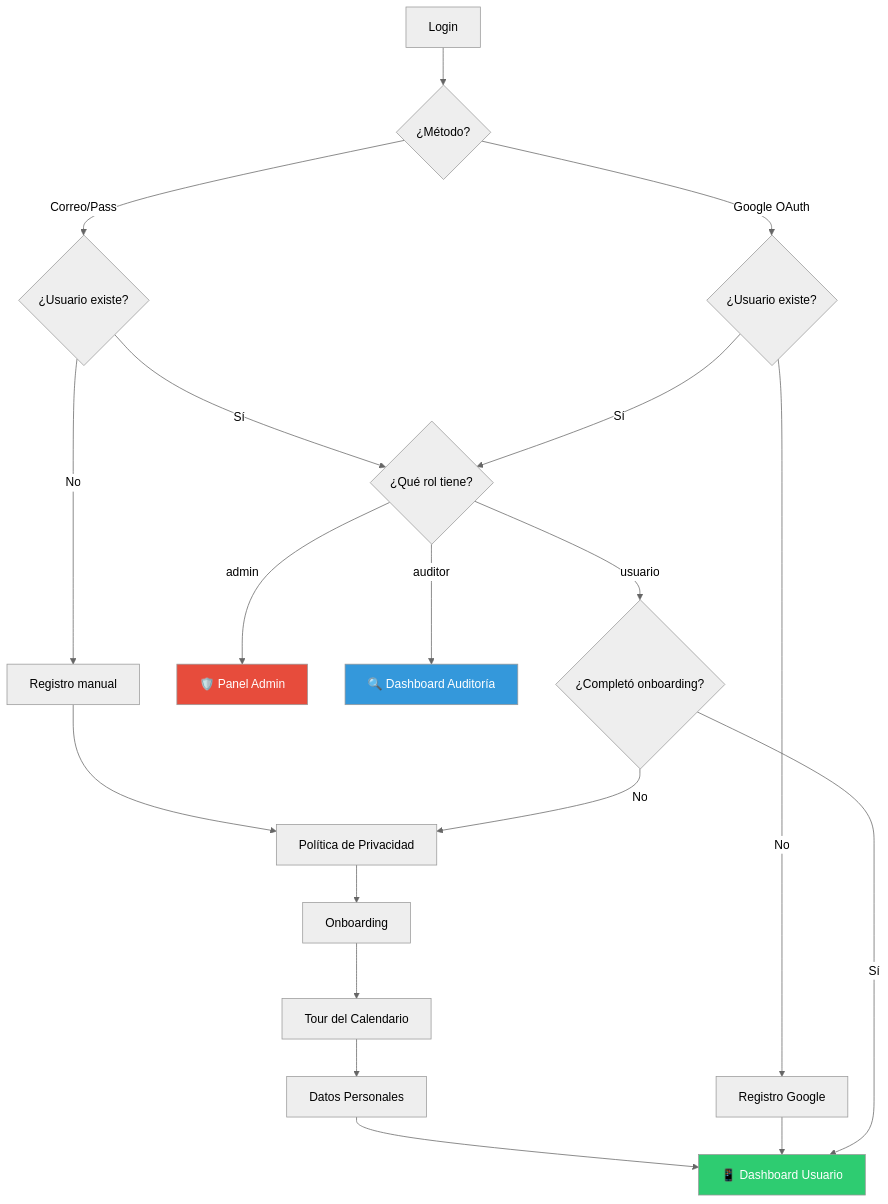
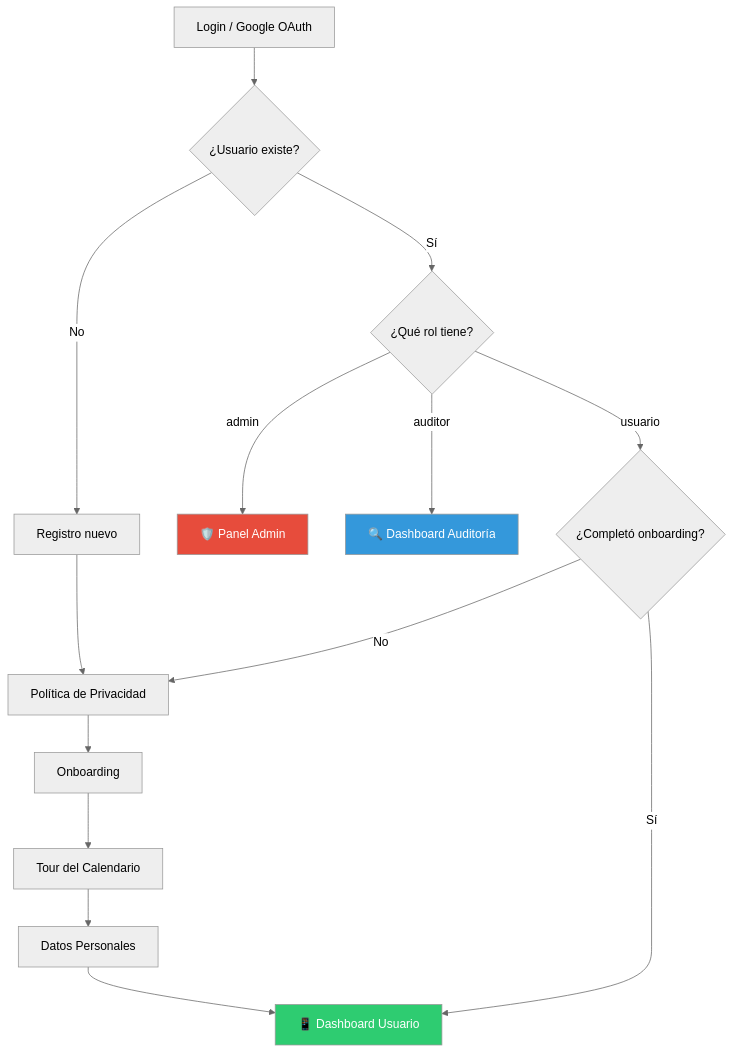
One commit to Jossmart28/Bellota-App changed the first of 2 diagrams in README.md. Above: the diagram before and after it, drawn with Mermaid (neutral theme).

Commit message:
chore(app): actualizar documentación y mantenimiento final de código

````diff
--- a/README.md
+++ b/README.md
@@ -221,30 +221,23 @@
 ```mermaid
 flowchart TD
-    A[Login] --> B{¿Método?}
-    B -->|Correo/Pass| C{¿Usuario existe?}
-    B -->|Google OAuth| G_Auth{¿Usuario existe?}
+    A[Login / Google OAuth] --> B{¿Usuario existe?}
+    B -->|Sí| C{¿Qué rol tiene?}
+    B -->|No| D[Registro nuevo]
+    
+    D --> E[Política de Privacidad]
+    E --> F[Onboarding]
+    F --> G[Tour del Calendario]
+    G --> H[Datos Personales]
+    H --> I[📱 Dashboard Usuario]
 
-    C -->|Sí| D{¿Qué rol tiene?}
-    C -->|No| E[Registro manual]
+    C -->|admin| J[🛡️ Panel Admin]
+    C -->|auditor| K[🔍 Dashboard Auditoría]
+    C -->|usuario| L{¿Completó onboarding?}
     
-    E --> F[Política de Privacidad]
-    F --> G[Onboarding]
-    G --> H[Tour del Calendario]
-    H --> I[Datos Personales]
-    I --> J[📱 Dashboard Usuario]
+    L -->|No| E
+    L -->|Sí| I
 
-    G_Auth -->|Sí| D
-    G_Auth -->|No| K[Registro Google]
-    K --> J
-
-    D -->|admin| L[🛡️ Panel Admin]
-    D -->|auditor| M[🔍 Dashboard Auditoría]
-    D -->|usuario| N{¿Completó onboarding?}
-    
-    N -->|No| F
-    N -->|Sí| J
-
-    style L fill:#e74c3c,color:#fff
-    style M fill:#3498db,color:#fff
-    style J fill:#2ecc71,color:#fff
+    style J fill:#e74c3c,color:#fff
+    style K fill:#3498db,color:#fff
+    style I fill:#2ecc71,color:#fff
 ```
````
